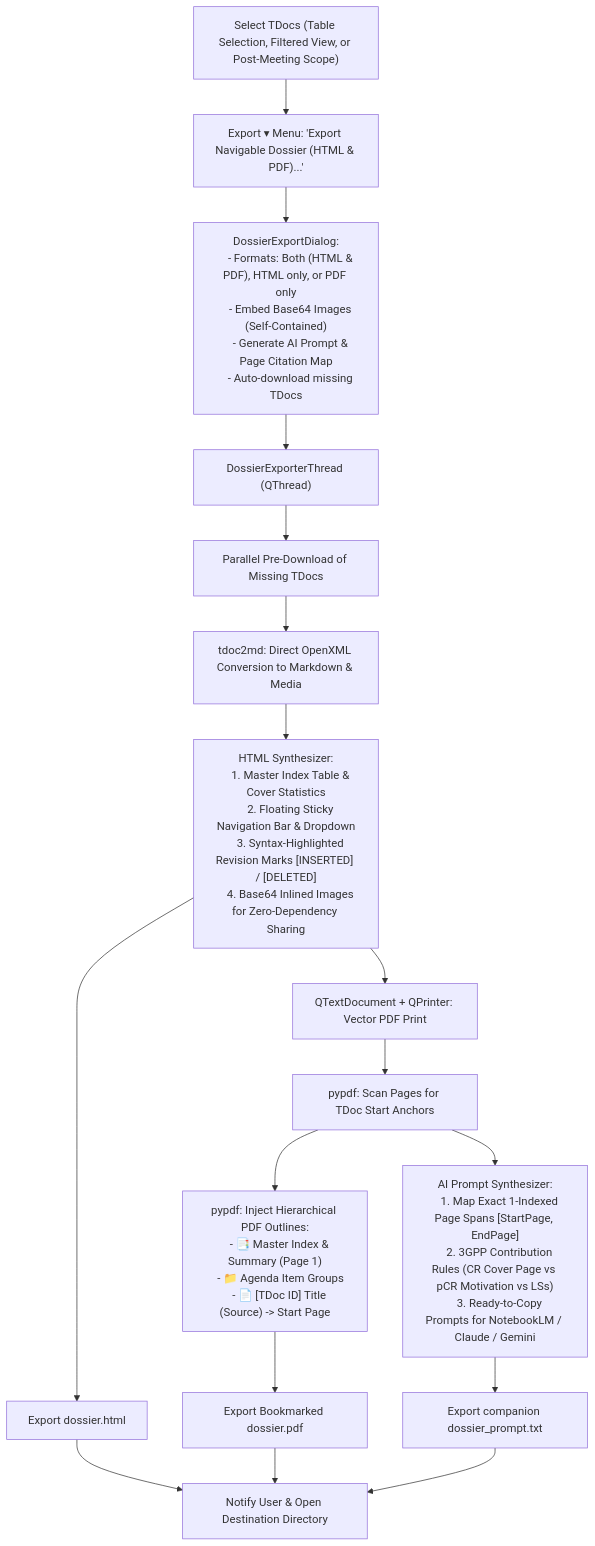
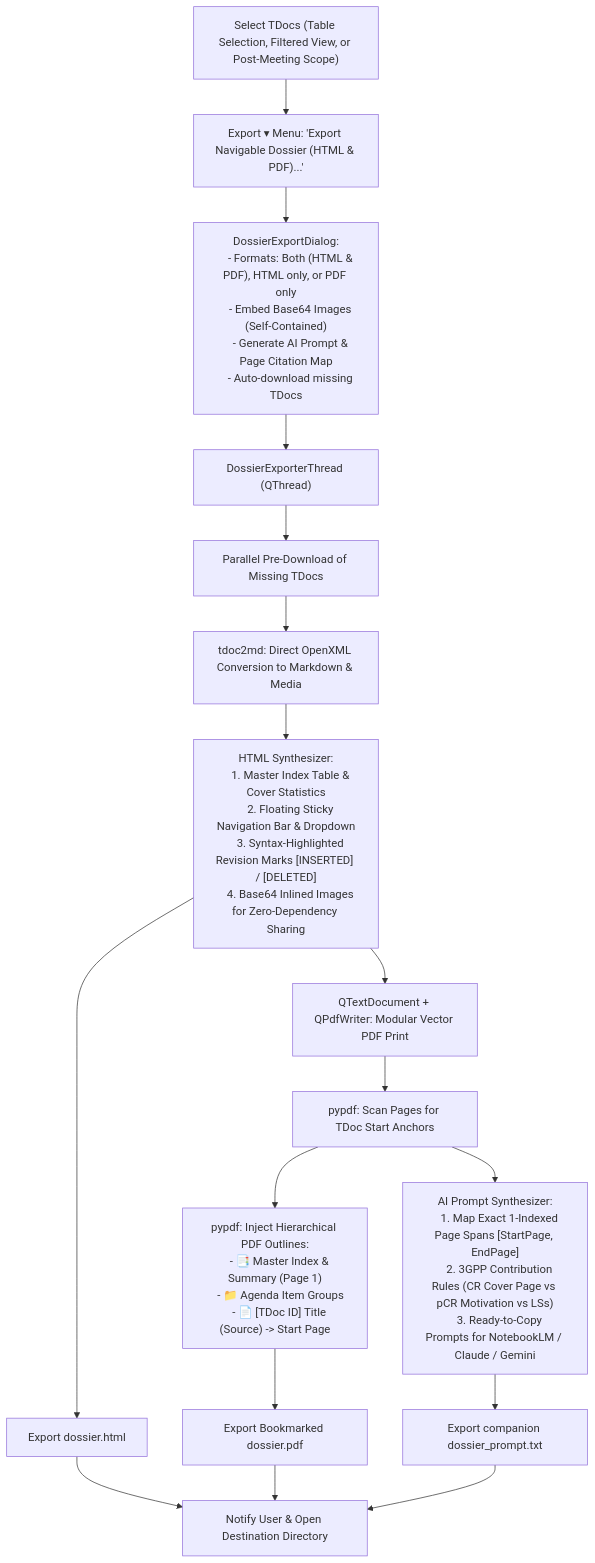
Before and after one commit to telekom/3gpp-meeting-tools: the diagram in 3GPP Tools/docs/legacy_features/F04_bookmarked_pdf_dossier_llm_prompt.md, drawn with Mermaid. The commit also changed other lines of this file and 2 other files, not shown here.

First line of the commit message:
fix(meetings): resolve application freeze during post-meeting dossier PDF generation

````diff
--- a/3GPP Tools/docs/legacy_features/F04_bookmarked_pdf_dossier_llm_prompt.md
+++ b/3GPP Tools/docs/legacy_features/F04_bookmarked_pdf_dossier_llm_prompt.md
@@ -25,38 +25,38 @@
 ```mermaid
 flowchart TD
     Selection["Select TDocs (Table Selection, Filtered View, or Post-Meeting Scope)"] --> Launch["Export ▾ Menu: 'Export Navigable Dossier (HTML & PDF)...'"]
     Launch --> Dialog["DossierExportDialog:
     - Formats: Both (HTML & PDF), HTML only, or PDF only
     - Embed Base64 Images (Self-Contained)
     - Generate AI Prompt & Page Citation Map
     - Auto-download missing TDocs"]
     
     Dialog --> Worker["DossierExporterThread (QThread)"]
     Worker --> ParallelDL["Parallel Pre-Download of Missing TDocs"]
     ParallelDL --> MDParse["tdoc2md: Direct OpenXML Conversion to Markdown & Media"]
     MDParse --> HTMLSynth["HTML Synthesizer:
     1. Master Index Table & Cover Statistics
     2. Floating Sticky Navigation Bar & Dropdown
     3. Syntax-Highlighted Revision Marks [INSERTED] / [DELETED]
     4. Base64 Inlined Images for Zero-Dependency Sharing"]
     
     HTMLSynth --> SaveHTML["Export dossier.html"]
     
-    HTMLSynth --> PrintEngine["QTextDocument + QPrinter: Vector PDF Print"]
+    HTMLSynth --> PrintEngine["QTextDocument + QPdfWriter: Modular Vector PDF Print"]
     PrintEngine --> PageScan["pypdf: Scan Pages for TDoc Start Anchors"]
     PageScan --> Bookmarks["pypdf: Inject Hierarchical PDF Outlines:
     - 📑 Master Index & Summary (Page 1)
     - 📁 Agenda Item Groups
     - 📄 [TDoc ID] Title (Source) -> Start Page"]
     Bookmarks --> SavePDF["Export Bookmarked dossier.pdf"]
     
     PageScan --> PromptSynth["AI Prompt Synthesizer:
     1. Map Exact 1-Indexed Page Spans [StartPage, EndPage]
     2. 3GPP Contribution Rules (CR Cover Page vs pCR Motivation vs LSs)
     3. Ready-to-Copy Prompts for NotebookLM / Claude / Gemini"]
     PromptSynth --> SavePrompt["Export companion dossier_prompt.txt"]
     
     SaveHTML --> Complete["Notify User & Open Destination Directory"]
     SavePDF --> Complete
     SavePrompt --> Complete
 ```
````
